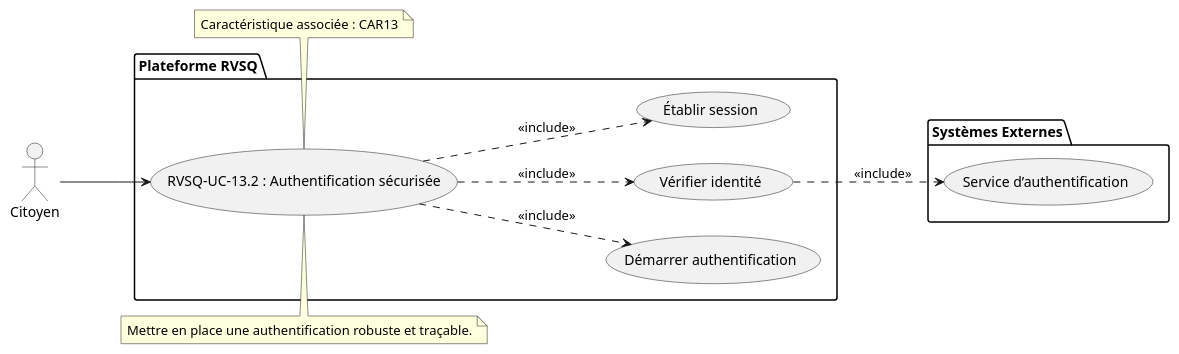
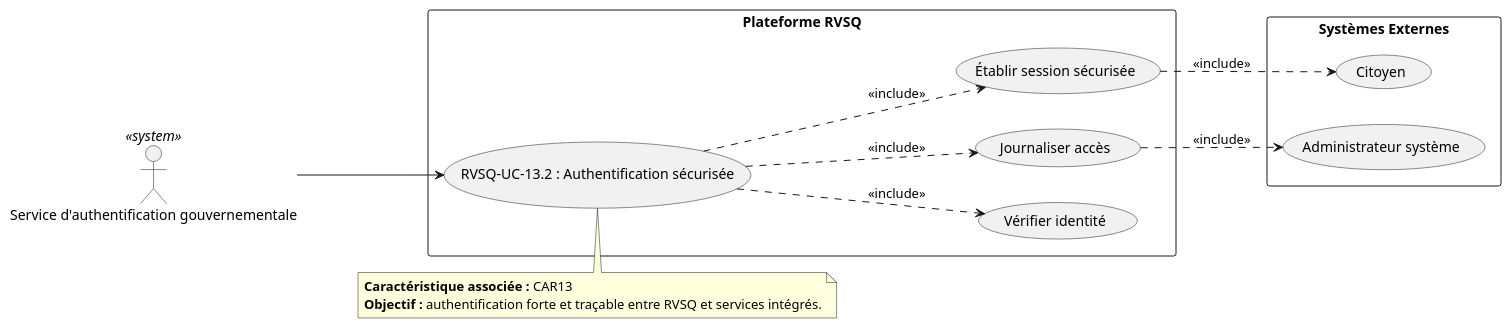
One commit to serghino/use-cases-RVSQ changed the diagram in RVSQ-UC-13_2_Authentification_Securisee.puml. Above: the diagram before and after it, drawn with PlantUML. The commit also changed 25 other files, not shown here.

```diff
--- a/RVSQ-UC-13_2_Authentification_Securisee.puml
+++ b/RVSQ-UC-13_2_Authentification_Securisee.puml
@@ -1,30 +1,30 @@
 @startuml RVSQ-UC-13_2_Authentification_Securisee
 left to right direction
-actor "Citoyen" as a1
 
-package "Plateforme RVSQ" {
+actor "Service d'authentification gouvernementale" as SAG <<system>>
+
+rectangle "Plateforme RVSQ" {
   usecase "RVSQ-UC-13.2 : Authentification sécurisée" as UC132
-  usecase "Démarrer authentification" as UC132_1
-  usecase "Vérifier identité" as UC132_2
-  usecase "Établir session" as UC132_3
+  usecase "Vérifier identité" as UC132_A
+  usecase "Établir session sécurisée" as UC132_B
+  usecase "Journaliser accès" as UC132_C
 }
 
-package "Systèmes Externes" {
-  usecase "Service d’authentification" as AUTH
+rectangle "Systèmes Externes" {
+  usecase "Administrateur système" as Admin
+  usecase "Citoyen" as Citoyen
 }
 
-a1 --> UC132
+SAG --> UC132
+UC132 ..> UC132_A : <<include>>
+UC132 ..> UC132_B : <<include>>
+UC132 ..> UC132_C : <<include>>
 
-UC132 ..> UC132_1 : <<include>>
-UC132 ..> UC132_2 : <<include>>
-UC132 ..> UC132_3 : <<include>>
-UC132_2 ..> AUTH : <<include>>
+UC132_B ..> Citoyen : <<include>>
+UC132_C ..> Admin : <<include>>
 
 note top of UC132
-Mettre en place une authentification robuste et traçable.
-end note
-
-note bottom of UC132
-Caractéristique associée : CAR13
+  **Caractéristique associée :** CAR13  
+  **Objectif :** authentification forte et traçable entre RVSQ et services intégrés.
 end note
 @enduml
```
